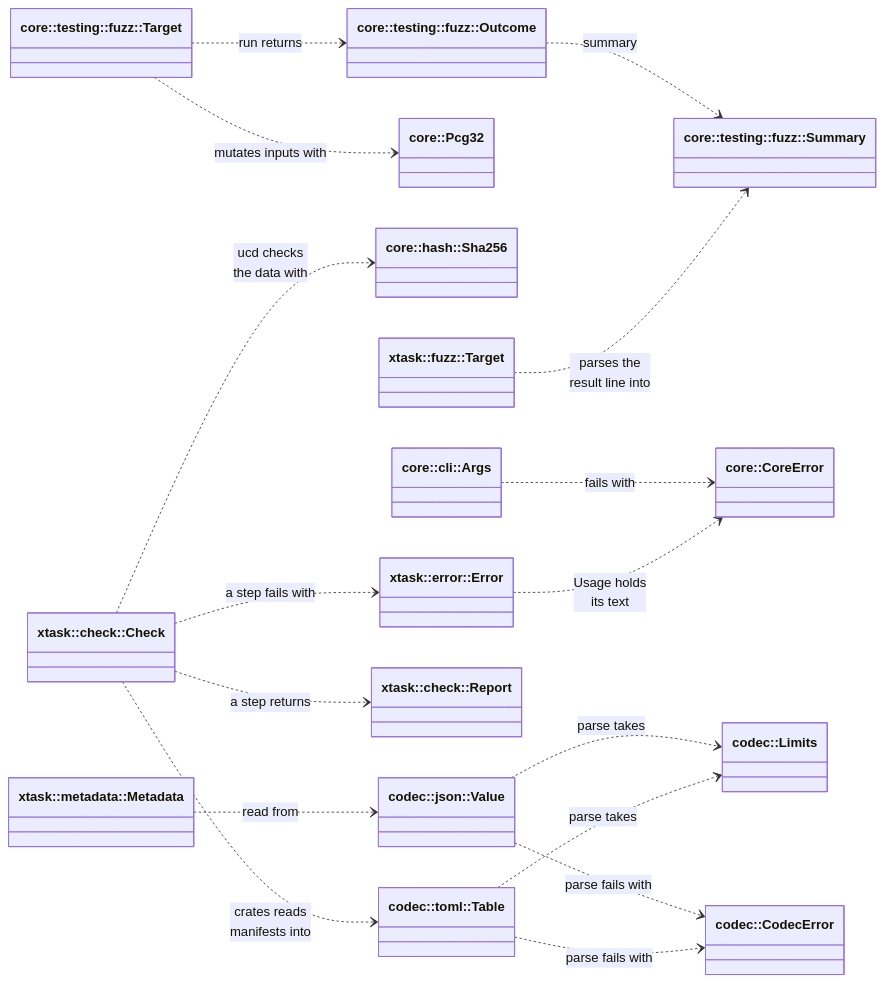
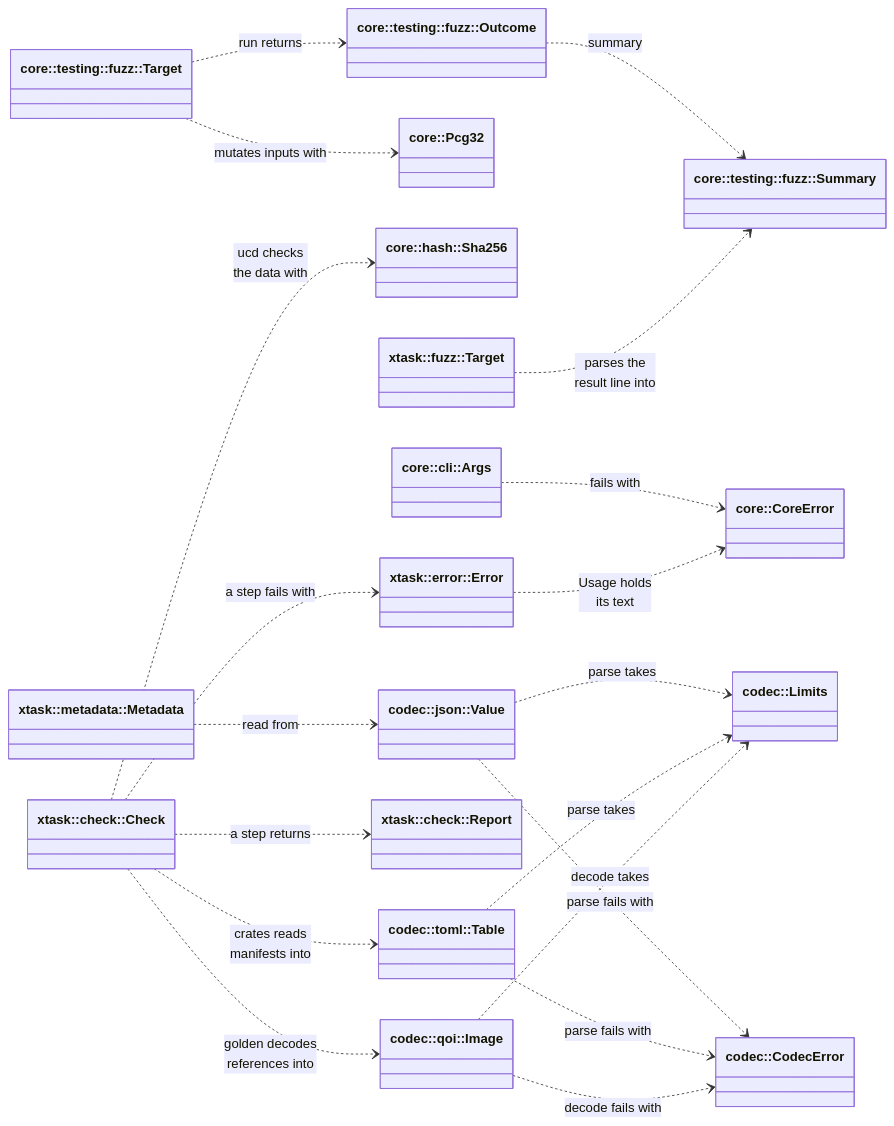
One commit to jabbott-iii/Tidepool changed the first of 38 diagrams in diagrams/class-diagrams.md. Above: the diagram before and after it, drawn with Mermaid. The commit also changed other lines of this file and 67 other files, not shown here.

First line of the commit message:
codec, gfx, xtask: QOI, the golden harness and gfx goldens (M2.4)

````diff
--- a/diagrams/class-diagrams.md
+++ b/diagrams/class-diagrams.md
@@ -60,35 +61,39 @@
 ```mermaid
 classDiagram
     direction LR
     class CoreError["core::CoreError"]
     class Args["core::cli::Args"]
     class Pcg32["core::Pcg32"]
     class Sha256["core::hash::Sha256"]
     class FuzzTarget["core::testing::fuzz::Target"]
     class FuzzOutcome["core::testing::fuzz::Outcome"]
     class FuzzSummary["core::testing::fuzz::Summary"]
     class Limits["codec::Limits"]
     class CodecError["codec::CodecError"]
     class JsonValue["codec::json::Value"]
     class TomlTable["codec::toml::Table"]
+    class QoiImage["codec::qoi::Image"]
     class Check["xtask::check::Check"]
     class Report["xtask::check::Report"]
     class Metadata["xtask::metadata::Metadata"]
     class SmokeTarget["xtask::fuzz::Target"]
     class XtaskError["xtask::error::Error"]
     Args ..> CoreError : fails with
     FuzzTarget ..> Pcg32 : mutates inputs with
     FuzzTarget ..> FuzzOutcome : run returns
     FuzzOutcome ..> FuzzSummary : summary
     JsonValue ..> Limits : parse takes
     TomlTable ..> Limits : parse takes
     JsonValue ..> CodecError : parse fails with
     TomlTable ..> CodecError : parse fails with
+    QoiImage ..> Limits : decode takes
+    QoiImage ..> CodecError : decode fails with
     Check ..> Report : a step returns
     Check ..> XtaskError : a step fails with
     Check ..> Sha256 : ucd checks<br/>the data with
     Check ..> TomlTable : crates reads<br/>manifests into
+    Check ..> QoiImage : golden decodes<br/>references into
     Metadata ..> JsonValue : read from
     SmokeTarget ..> FuzzSummary : parses the<br/>result line into
     XtaskError ..> CoreError : Usage holds<br/>its text
 ```
````
